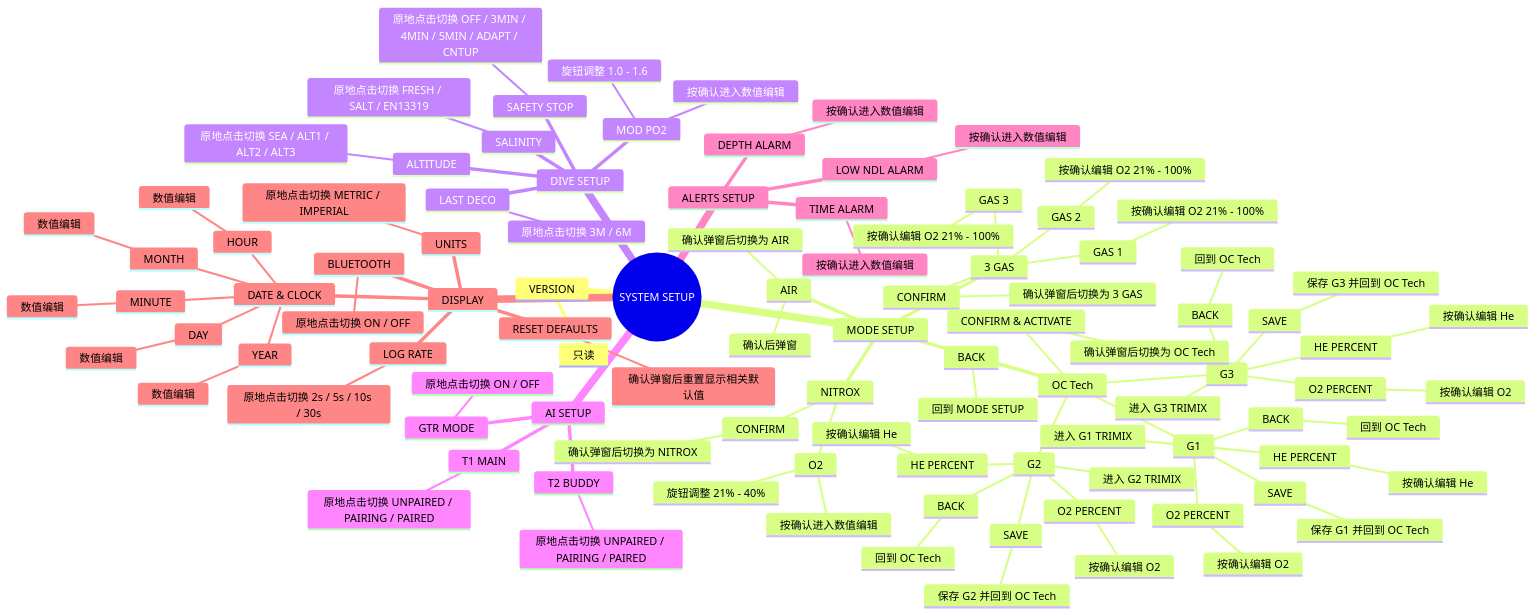
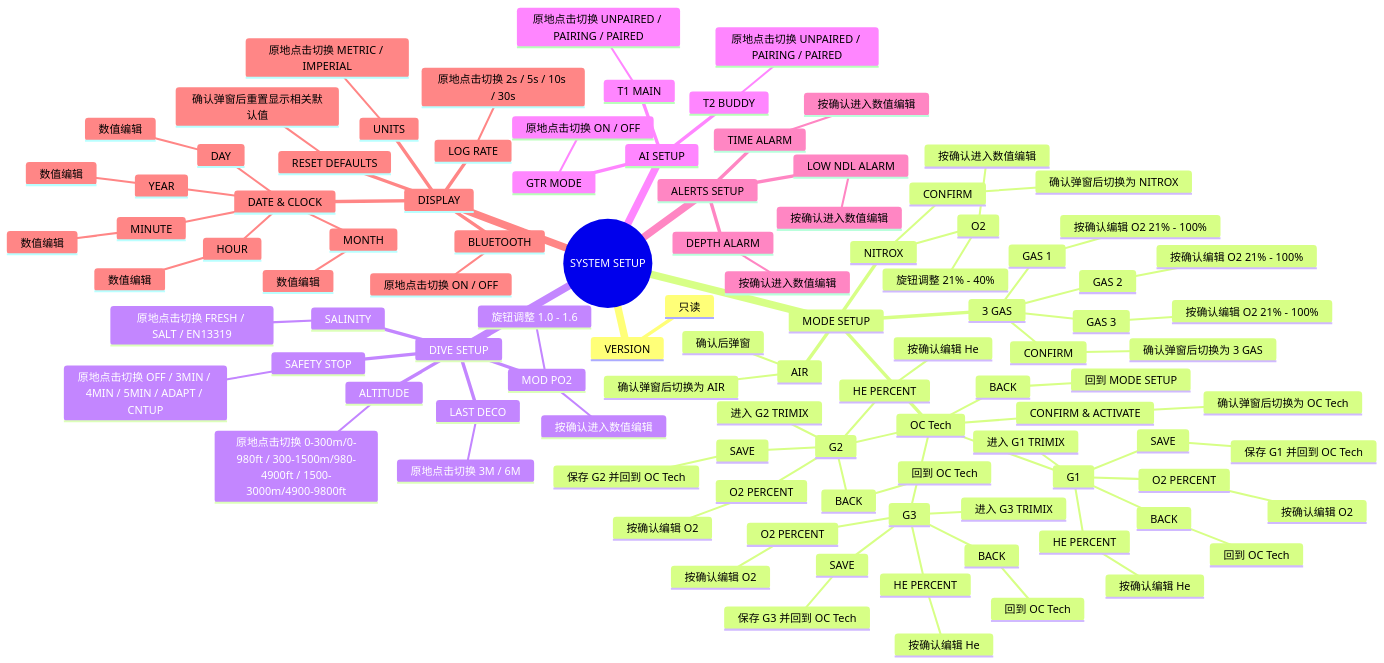
One commit to arexvision/lv_port_win_codeblocks-release-v8.3_hasGroup changed the fifth of 7 diagrams in UI_html_DOC/UI输入输出状态逻辑.md. Above: the diagram before and after it, drawn with Mermaid. The commit also changed other lines of this file and 8 other files, not shown here.

```diff
--- a/UI_html_DOC/UI输入输出状态逻辑.md
+++ b/UI_html_DOC/UI输入输出状态逻辑.md
@@ -262,7 +262,7 @@
       LAST DECO
         原地点击切换 3M / 6M
       ALTITUDE
-        原地点击切换 SEA / ALT1 / ALT2 / ALT3
+        原地点击切换 0-300m/0-980ft / 300-1500m/980-4900ft / 1500-3000m/4900-9800ft
     AI SETUP
       T1 MAIN
         原地点击切换 UNPAIRED / PAIRING / PAIRED
```
